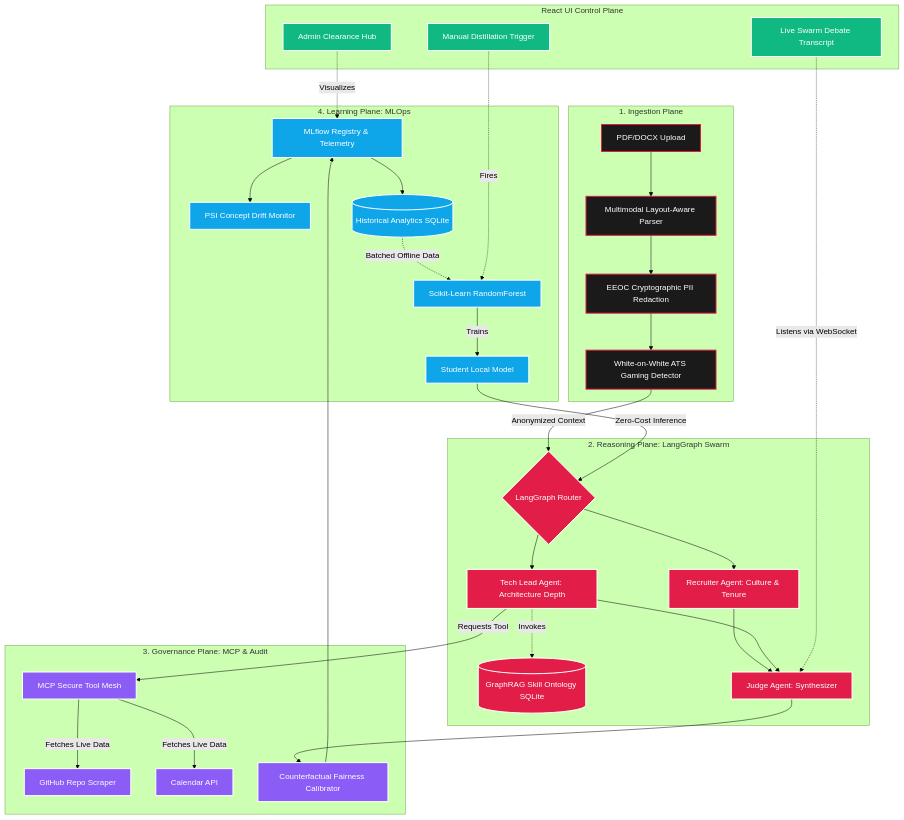
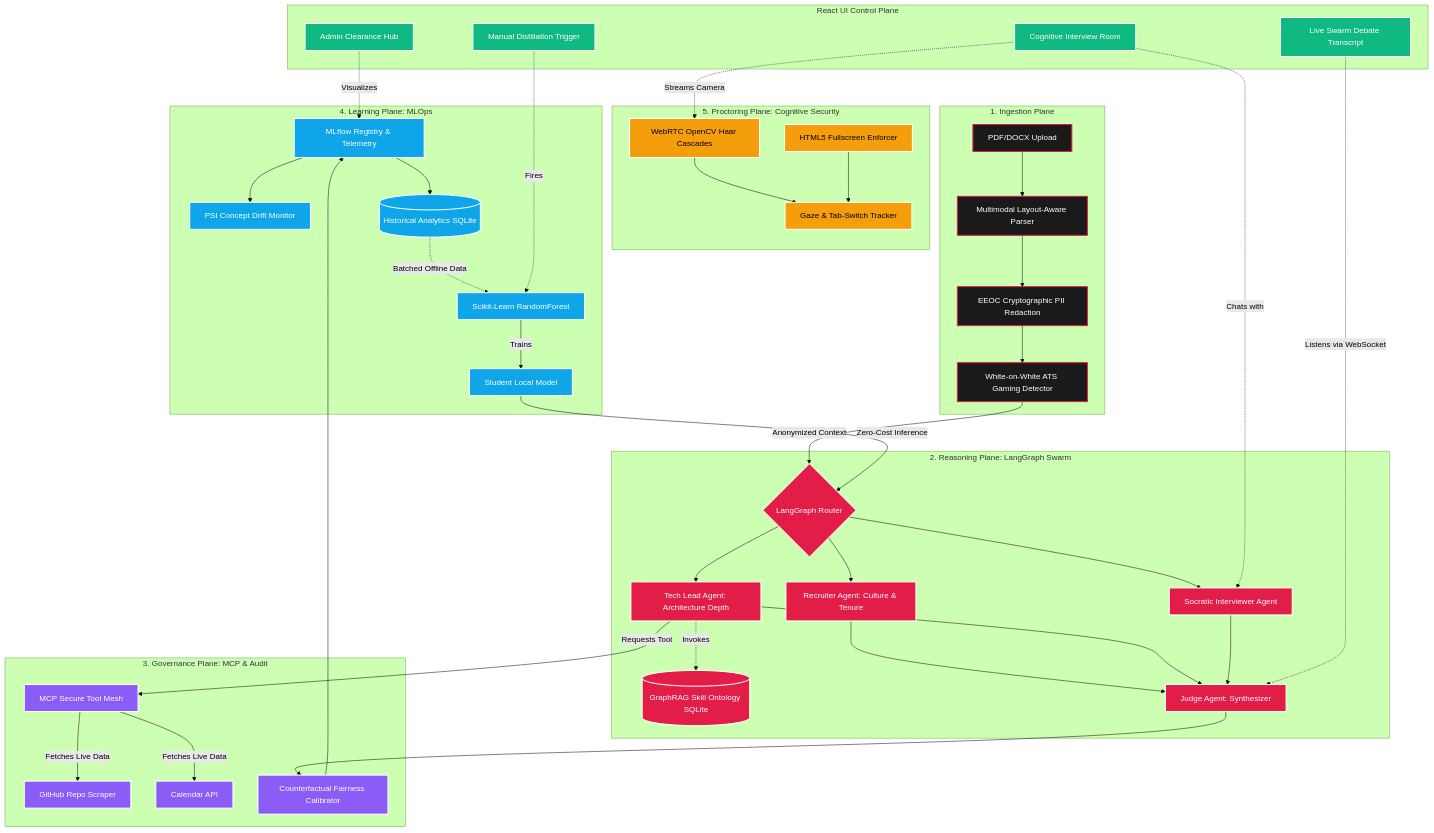
The diagram in README.md (naman-fr/PSI_resume_analyser), drawn with Mermaid (forest theme) before and after one commit. The commit also changed other lines of this file, not shown here.

Commit message:
docs: update README flowchart and feature list for proctoring

````diff
--- a/README.md
+++ b/README.md
@@ -35,59 +35,74 @@
 ```mermaid
 flowchart TD
     %% Styling
     classDef ingestion fill:#1a1a1a,stroke:#e11d48,stroke-width:2px,color:#fff
     classDef reasoning fill:#e11d48,stroke:#fff,stroke-width:2px,color:#fff
     classDef governance fill:#8b5cf6,stroke:#fff,stroke-width:2px,color:#fff
     classDef learning fill:#0ea5e9,stroke:#fff,stroke-width:2px,color:#fff
     classDef ui fill:#10b981,stroke:#fff,stroke-width:2px,color:#fff
+    classDef proctoring fill:#f59e0b,stroke:#fff,stroke-width:2px,color:#000
 
     %% 0. UI Control Plane
     subgraph UI_Control_Plane [React UI Control Plane]
         U1[Admin Clearance Hub]:::ui
         U2[Live Swarm Debate Transcript]:::ui
         U3[Manual Distillation Trigger]:::ui
+        U4[Cognitive Interview Room]:::ui
     end
 
     %% 1. Ingestion Plane
     subgraph Ingestion_Plane [1. Ingestion Plane]
         A[PDF/DOCX Upload]:::ingestion --> B[Multimodal Layout-Aware Parser]:::ingestion
         B --> C[EEOC Cryptographic PII Redaction]:::ingestion
         C --> D[White-on-White ATS Gaming Detector]:::ingestion
     end
 
+    %% 5. Proctoring Plane
+    subgraph Proctoring_Plane [5. Proctoring Plane: Cognitive Security]
+        P1[WebRTC OpenCV Haar Cascades]:::proctoring
+        P2[HTML5 Fullscreen Enforcer]:::proctoring
+        P3[Gaze & Tab-Switch Tracker]:::proctoring
+        P1 --> P3
+        P2 --> P3
+    end
+
     %% 2. Reasoning Plane
     subgraph Reasoning_Plane [2. Reasoning Plane: LangGraph Swarm]
         D -->|Anonymized Context| E{LangGraph Router}:::reasoning
         E --> F[Recruiter Agent: Culture & Tenure]:::reasoning
         E --> G[Tech Lead Agent: Architecture Depth]:::reasoning
+        E --> S[Socratic Interviewer Agent]:::reasoning
         
         G -.->|Invokes| H[(GraphRAG Skill Ontology SQLite)]:::reasoning
         F --> I[Judge Agent: Synthesizer]:::reasoning
         G --> I
+        S --> I
     end
 
     %% 3. Governance Plane
     subgraph Governance_Plane [3. Governance Plane: MCP & Audit]
         G -->|Requests Tool| J[MCP Secure Tool Mesh]:::governance
         J -->|Fetches Live Data| K[GitHub Repo Scraper]:::governance
         J -->|Fetches Live Data| L[Calendar API]:::governance
         
         I --> M[Counterfactual Fairness Calibrator]:::governance
     end
 
     %% 4. Learning Plane
     subgraph Learning_Plane [4. Learning Plane: MLOps]
         M --> N[MLflow Registry & Telemetry]:::learning
         N --> O[PSI Concept Drift Monitor]:::learning
         N --> P[(Historical Analytics SQLite)]:::learning
         
         P -.->|Batched Offline Data| Q[Scikit-Learn RandomForest]:::learning
         Q -->|Trains| R[Student Local Model]:::learning
         R -->|Zero-Cost Inference| E
     end
 
     %% Wiring across planes
     U1 -.->|Visualizes| N
     U2 -.->|Listens via WebSocket| I
     U3 -.->|Fires| Q
+    U4 -.->|Streams Camera| P1
+    U4 -.->|Chats with| S
 ```
````
